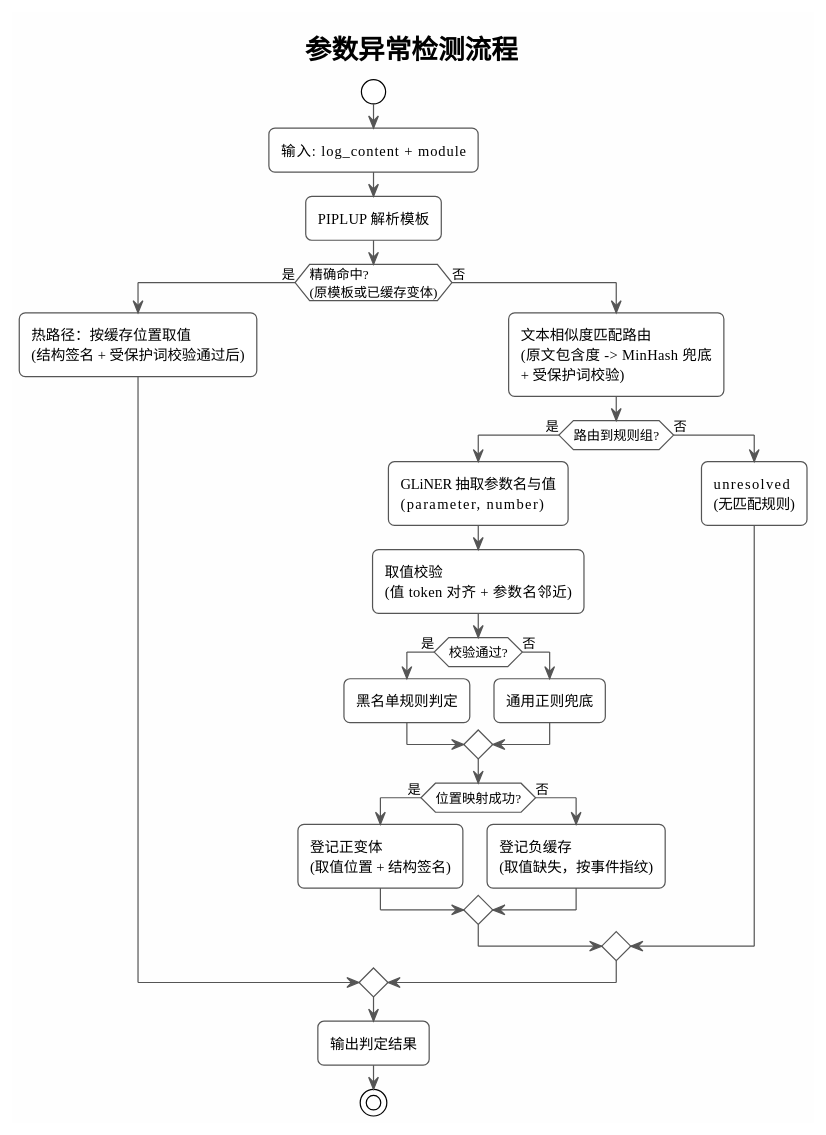
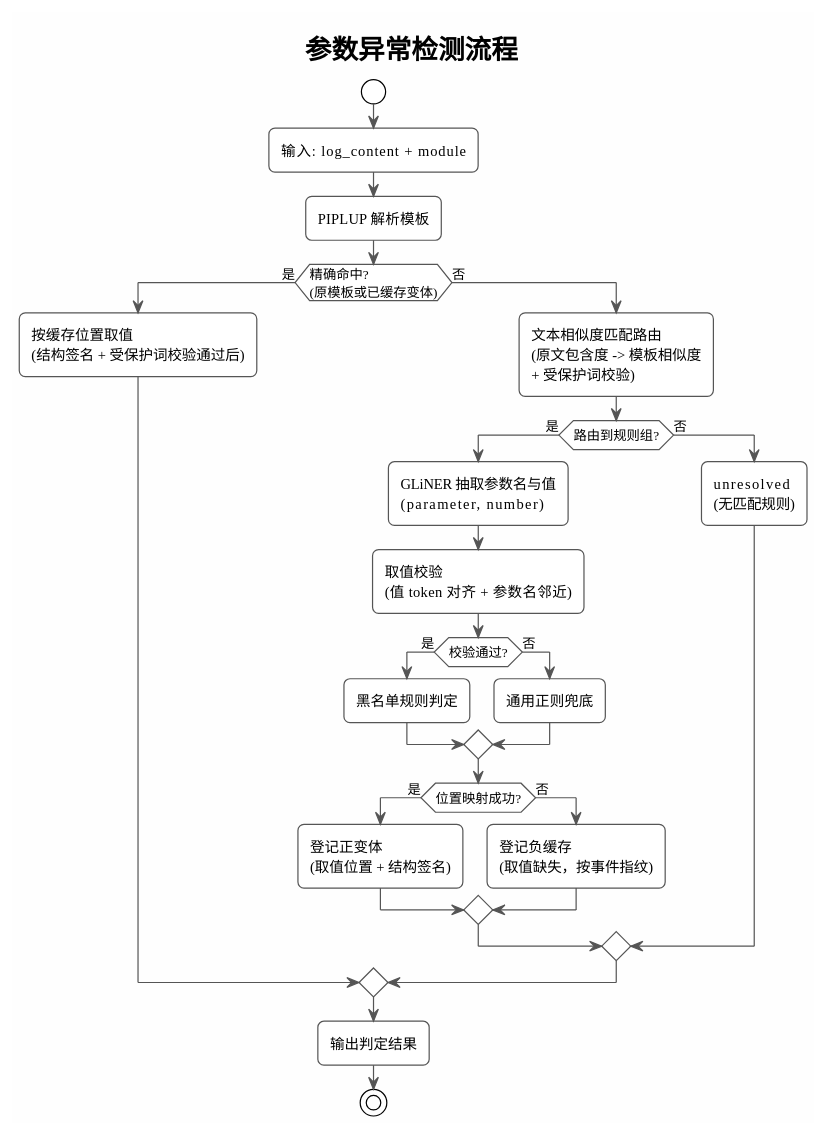
The sixth of 10 diagrams in LogNet3.0方案设计与实现文档.md (HouMonKy/TIG-PIPLUP), drawn with PlantUML before and after one commit. The commit also changed other lines of this file and 1 other file, not shown here.

````diff
--- a/LogNet3.0方案设计与实现文档.md
+++ b/LogNet3.0方案设计与实现文档.md
@@ -502,48 +504,48 @@
 ```plantuml
 @startuml Parameter_Detection_Flow
 !theme plain
 skinparam backgroundColor #FEFEFE
 skinparam shadowing false
 skinparam roundCorner 10
 skinparam ActivityBorderColor #555555
 skinparam ArrowColor #555555
 
 title 参数异常检测流程
 
 start
 
 :输入: log_content + module;
 
 :PIPLUP 解析模板;
 
 if (精确命中?\n(原模板或已缓存变体)) then (是)
-    :热路径：按缓存位置取值\n(结构签名 + 受保护词校验通过后);
+    :按缓存位置取值\n(结构签名 + 受保护词校验通过后);
 else (否)
 
-    :文本相似度匹配路由\n(原文包含度 -> MinHash 兜底\n+ 受保护词校验);
+    :文本相似度匹配路由\n(原文包含度 -> 模板相似度\n+ 受保护词校验);
 
     if (路由到规则组?) then (是)
         :GLiNER 抽取参数名与值\n(parameter, number);
         :取值校验\n(值 token 对齐 + 参数名邻近);
         if (校验通过?) then (是)
             :黑名单规则判定;
         else (否)
             :通用正则兜底;
         endif
         if (位置映射成功?) then (是)
             :登记正变体\n(取值位置 + 结构签名);
         else (否)
             :登记负缓存\n(取值缺失，按事件指纹);
         endif
     else (否)
         :unresolved\n(无匹配规则);
     endif
 
 endif
 
 :输出判定结果;
 
 stop
 
 @enduml
 ```
````
